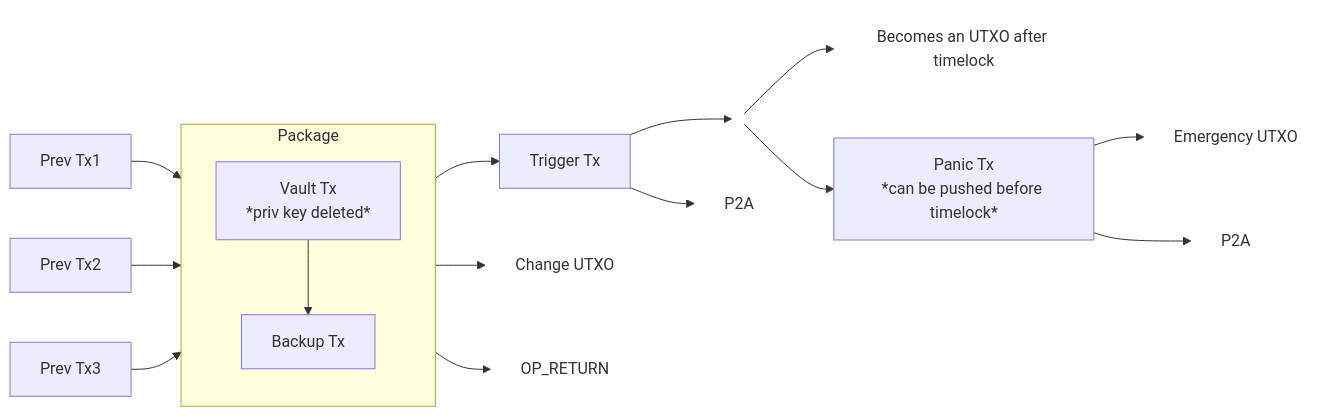
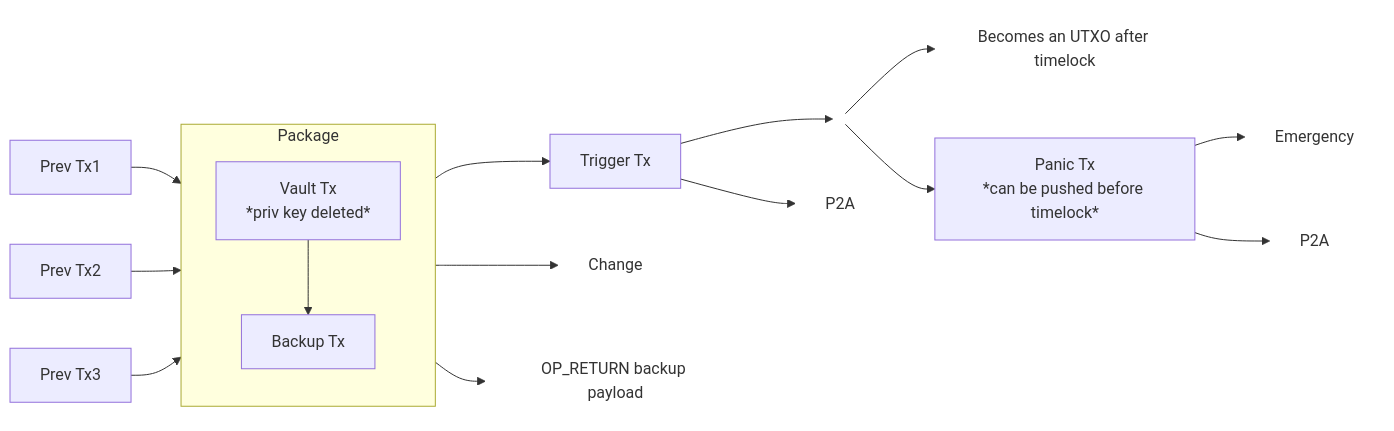
One commit to bitcoinerlab/playground changed the first of 2 diagrams in descriptors/rewind2/README.md. Above: the diagram before and after it, drawn with Mermaid. The commit also changed other lines of this file, not shown here.

Commit message:
docs: adjust diagrams

````diff
--- a/descriptors/rewind2/README.md
+++ b/descriptors/rewind2/README.md
@@ -76,52 +76,52 @@
 ```mermaid
 flowchart LR
     U1[Prev Tx1]
     U2[Prev Tx2]
     U3[Prev Tx3]
 
     %% Package
     subgraph Package
         direction TB
         V[Vault Tx<br/>*priv key deleted*]
         B[Backup Tx]
     end
 
     T[Trigger Tx]
-    C[Change UTXO]
+    C[Change]
 
     %% Fork node
     F(( ))
     style F fill:transparent,stroke:transparent
 
     %% UTXO N as borderless box
     UTXON[Becomes an UTXO after timelock]
     style UTXON fill:transparent,stroke:transparent
 
     %% Inputs
     U1 --> V
     U2 --> V
     U3 --> V
 
     %% Vault outputs
     V --> B
-    B --> O_B[OP_RETURN]
+    B --> O_B[OP_RETURN backup payload]
     style O_B fill:transparent,stroke:transparent
     V --> T
     V --> C
     style C fill:transparent,stroke:transparent
 
     %% Trigger Tx outputs
     T --> F
     T --> A_T[P2A]
     style A_T fill:transparent,stroke:transparent
 
     %% Forked outputs
     F --> P[Panic Tx<br/>*can be pushed before timelock*]
     F --> UTXON
 
     %% Panic Tx outputs
-    P --> E[Emergency UTXO]
+    P --> E[Emergency]
     style E fill:transparent,stroke:transparent
     P --> A_P[P2A]
     style A_P fill:transparent,stroke:transparent
 ```
````
